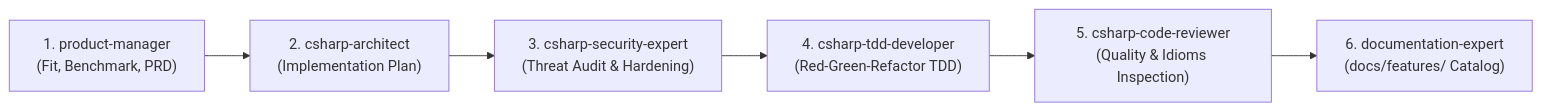
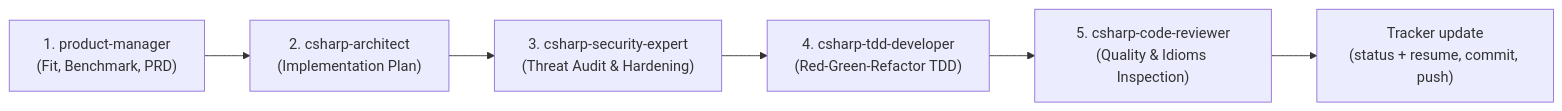
Before and after one commit to themulle/autheris: the diagram in .agents/agents/project-manager.md, drawn with Mermaid. The commit also changed other lines of this file and 2 other files, not shown here.

First line of the commit message:
chore(agents): drop the documentation phase from the project manager lifecycle

````diff
--- a/.agents/agents/project-manager.md
+++ b/.agents/agents/project-manager.md
@@ -9,8 +11,8 @@
 ```mermaid
 flowchart LR
     P1["1. product-manager<br/>(Fit, Benchmark, PRD)"] --> P2["2. csharp-architect<br/>(Implementation Plan)"]
     P2 --> P3["3. csharp-security-expert<br/>(Threat Audit & Hardening)"]
     P3 --> P4["4. csharp-tdd-developer<br/>(Red-Green-Refactor TDD)"]
     P4 --> P5["5. csharp-code-reviewer<br/>(Quality & Idioms Inspection)"]
-    P5 --> P6["6. documentation-expert<br/>(docs/features/ Catalog)"]
+    P5 --> T["Tracker update<br/>(status + resume, commit, push)"]
 ```
````
